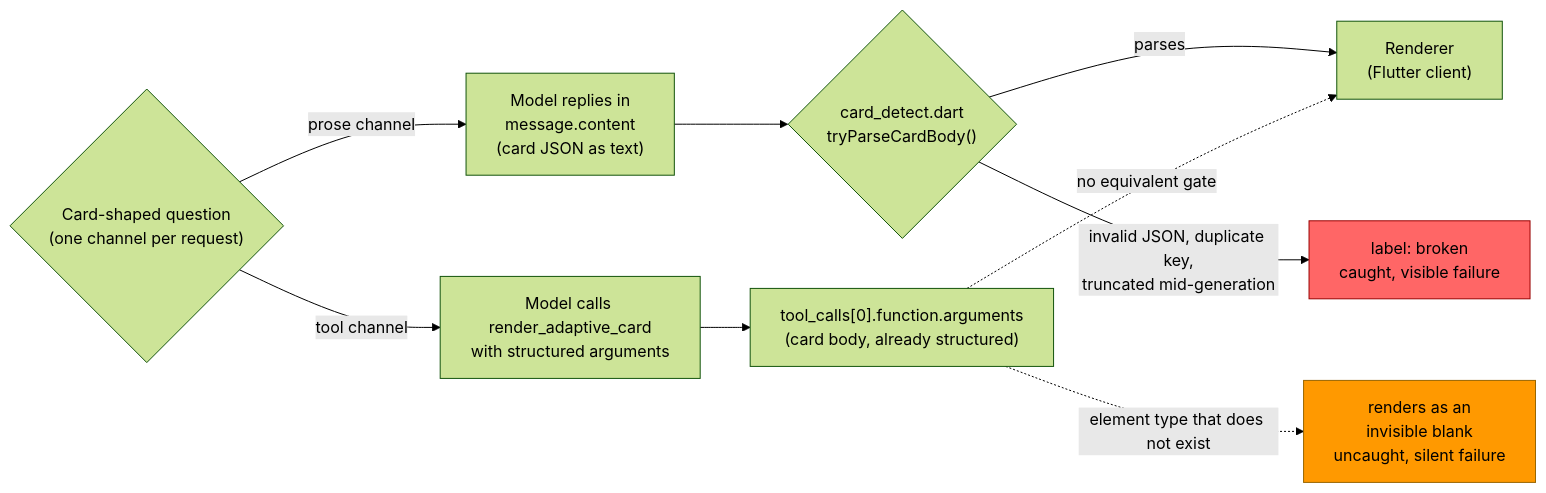
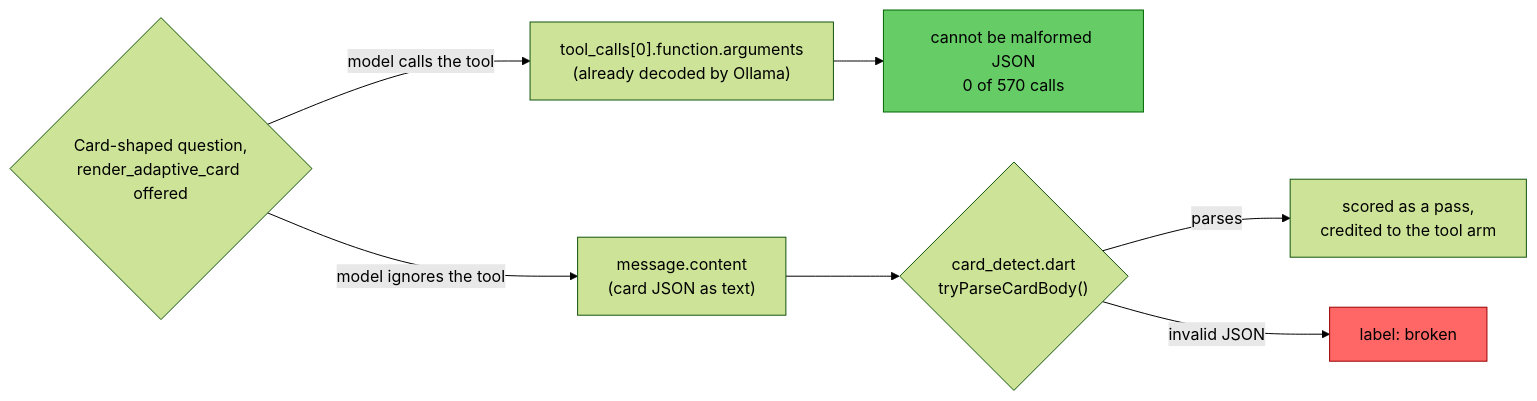
Before and after one commit to freemansoft/Flutter-AdaptiveCards: the diagram in adaptive_chat_server_dart/blog/article-4-tool-channel-draft.md, drawn with Mermaid (forest theme). The commit also changed other lines of this file and 1 other file, not shown here.

````diff
--- a/adaptive_chat_server_dart/blog/article-4-tool-channel-draft.md
+++ b/adaptive_chat_server_dart/blog/article-4-tool-channel-draft.md
@@ -84,17 +88,12 @@
 ```mermaid
 flowchart LR
-  Q{"Card-shaped question\n(one channel per request)"}
-
-  Q -- "prose channel" --> M1["Model replies in\nmessage.content\n(card JSON as text)"]
-  M1 --> DETECT{"card_detect.dart\ntryParseCardBody()"}
-  DETECT -- parses --> R["Renderer\n(Flutter client)"]
-  DETECT -- "invalid JSON, duplicate key,\ntruncated mid-generation" --> BROKEN["label: broken\ncaught, visible failure"]
-
-  Q -- "tool channel" --> M2["Model calls render_adaptive_card\nwith structured arguments"]
-  M2 --> ARGS["tool_calls[0].function.arguments\n(card body, already structured)"]
-  ARGS -. "no equivalent gate" .-> R
-  ARGS -. "element type that does not exist" .-> SILENT["renders as an\ninvisible blank\nuncaught, silent failure"]
-
-  style BROKEN fill:#f66,stroke:#900,color:#000
-  style SILENT fill:#f90,stroke:#960,color:#000
+  Q{"Card-shaped question,\nrender_adaptive_card offered"}
+  Q -- "model calls the tool" --> T["tool_calls[0].function.arguments\n(already decoded by Ollama)"]
+  Q -- "model ignores the tool" --> C["message.content\n(card JSON as text)"]
+  T --> OK["cannot be malformed JSON\n0 of 570 calls"]
+  C --> P{"card_detect.dart\ntryParseCardBody()"}
+  P -- parses --> OK2["scored as a pass,\ncredited to the tool arm"]
+  P -- "invalid JSON" --> BAD["label: broken"]
+  style OK fill:#6c6,stroke:#060,color:#000
+  style BAD fill:#f66,stroke:#900,color:#000
 ```
````
